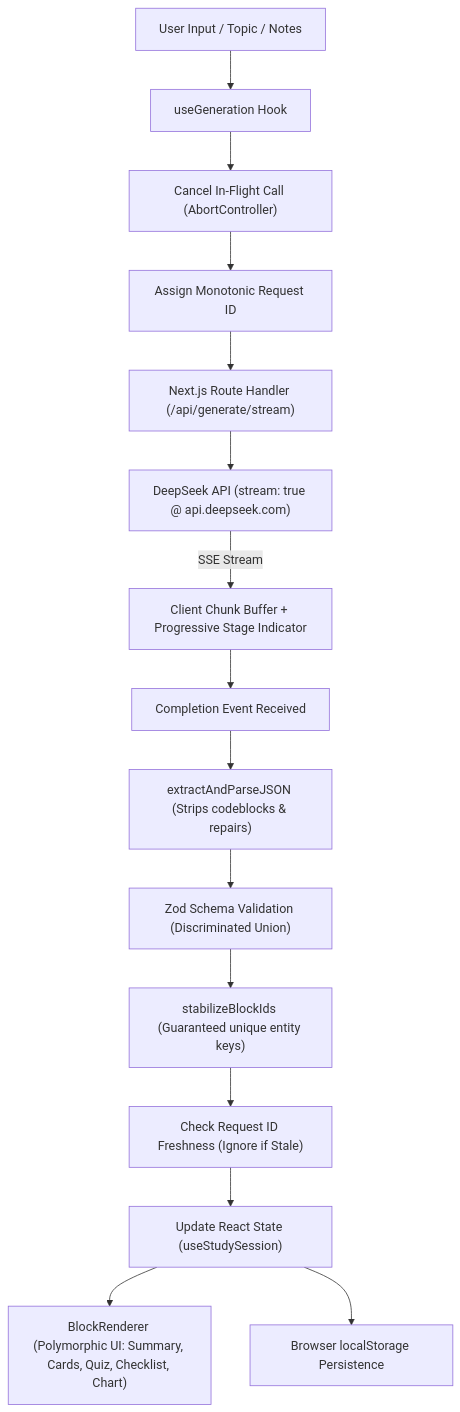
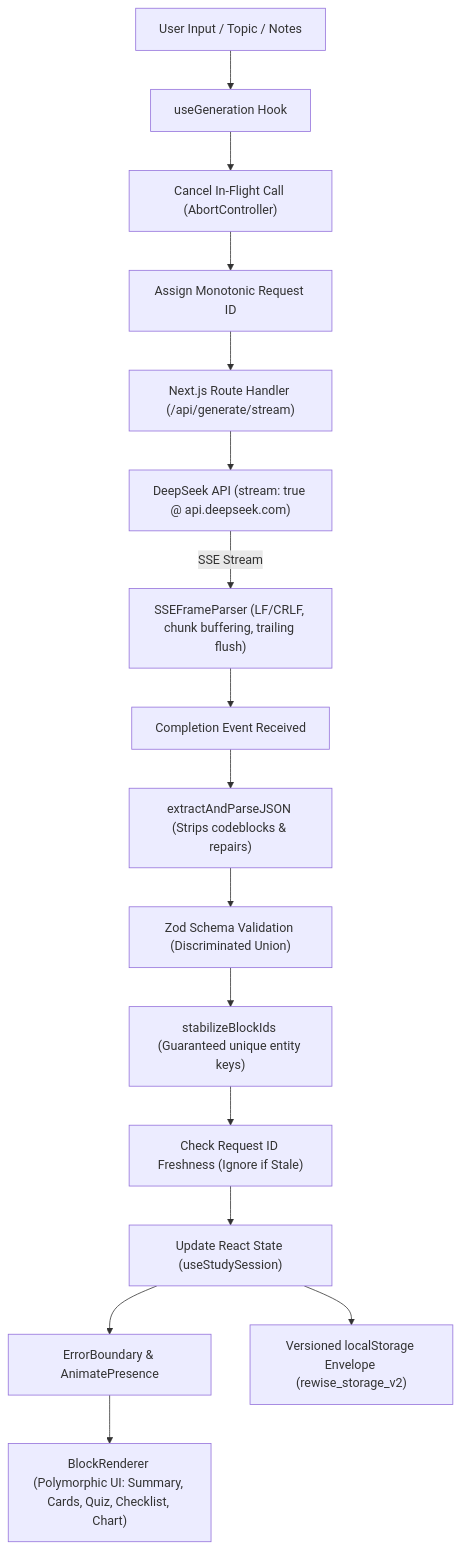
The diagram in README.md (lokender11101/Re-Wise), drawn with Mermaid before and after one commit. The commit also changed other lines of this file and 21 other files, not shown here.

Commit message:
feat: enhance product engineering with hardened SSE parser, versioned storage envelope, bounded undo refinement, concept analytics, and error boundary

````diff
--- a/README.md
+++ b/README.md
@@ -60,17 +75,18 @@
 ```mermaid
 flowchart TD
     A["User Input / Topic / Notes"] --> B["useGeneration Hook"]
     B --> C["Cancel In-Flight Call (AbortController)"]
     C --> D["Assign Monotonic Request ID"]
     D --> E["Next.js Route Handler (/api/generate/stream)"]
     E --> F["DeepSeek API (stream: true @ api.deepseek.com)"]
-    F -- SSE Stream --> G["Client Chunk Buffer + Progressive Stage Indicator"]
+    F -- SSE Stream --> G["SSEFrameParser (LF/CRLF, chunk buffering, trailing flush)"]
     G --> H["Completion Event Received"]
     H --> I["extractAndParseJSON (Strips codeblocks & repairs)"]
     I --> J["Zod Schema Validation (Discriminated Union)"]
     J --> K["stabilizeBlockIds (Guaranteed unique entity keys)"]
     K --> L["Check Request ID Freshness (Ignore if Stale)"]
     L --> M["Update React State (useStudySession)"]
-    M --> N["BlockRenderer (Polymorphic UI: Summary, Cards, Quiz, Checklist, Chart)"]
-    M --> O["Browser localStorage Persistence"]
+    M --> N["ErrorBoundary & AnimatePresence"]
+    N --> O["BlockRenderer (Polymorphic UI: Summary, Cards, Quiz, Checklist, Chart)"]
+    M --> P["Versioned localStorage Envelope (rewise_storage_v2)"]
 ```
````
